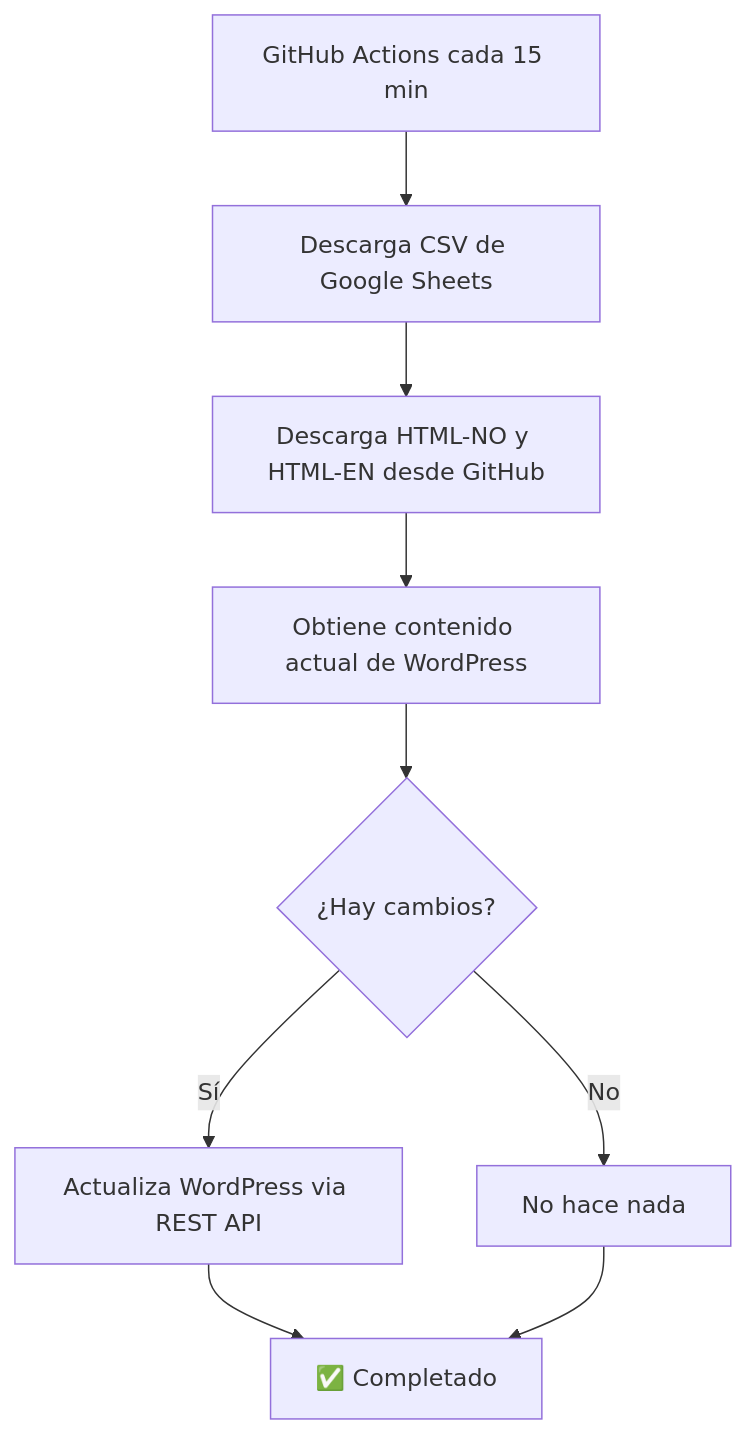
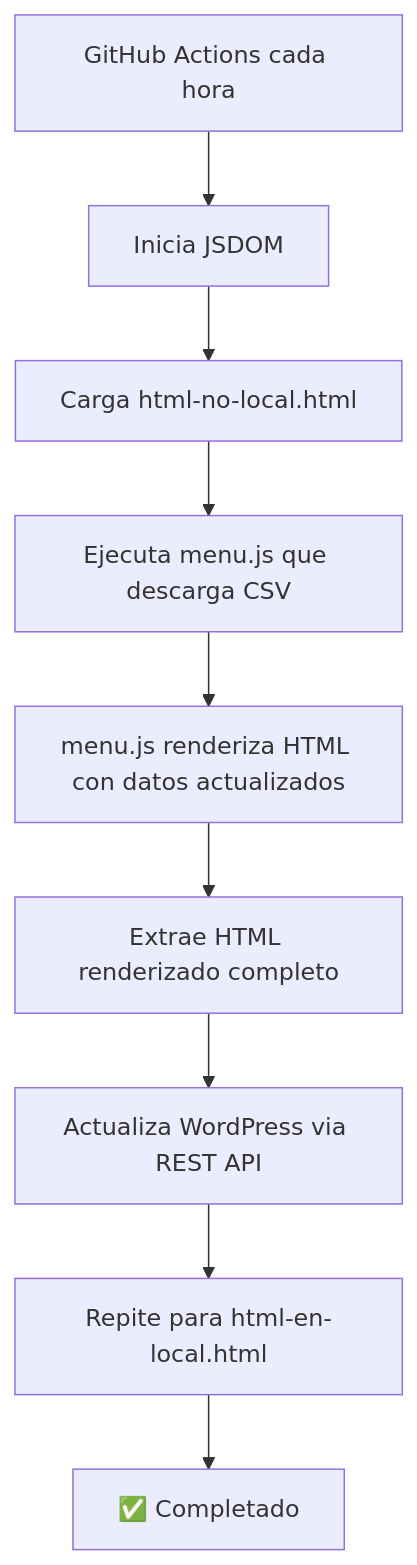
One commit to margaretosoftware/julemenyen changed the diagram in WORDPRESS_AUTOMATION.md. Above: the diagram before and after it, drawn with Mermaid. The commit also changed other lines of this file and 2 other files, not shown here.

First line of the commit message:
Add WordPress automation with JSDOM

````diff
--- a/WORDPRESS_AUTOMATION.md
+++ b/WORDPRESS_AUTOMATION.md
@@ -55,11 +130,11 @@
 ```mermaid
 graph TD
-    A[GitHub Actions cada 15 min] --> B[Descarga CSV de Google Sheets]
-    B --> C[Descarga HTML-NO y HTML-EN desde GitHub]
-    C --> D[Obtiene contenido actual de WordPress]
-    D --> E{¿Hay cambios?}
-    E -->|Sí| F[Actualiza WordPress via REST API]
-    E -->|No| G[No hace nada]
-    F --> H[✅ Completado]
-    G --> H
+    A[GitHub Actions cada hora] --> B[Inicia JSDOM]
+    B --> C[Carga html-no-local.html]
+    C --> D[Ejecuta menu.js que descarga CSV]
+    D --> E[menu.js renderiza HTML con datos actualizados]
+    E --> F[Extrae HTML renderizado completo]
+    F --> G[Actualiza WordPress via REST API]
+    G --> H[Repite para html-en-local.html]
+    H --> I[✅ Completado]
 ```
````
